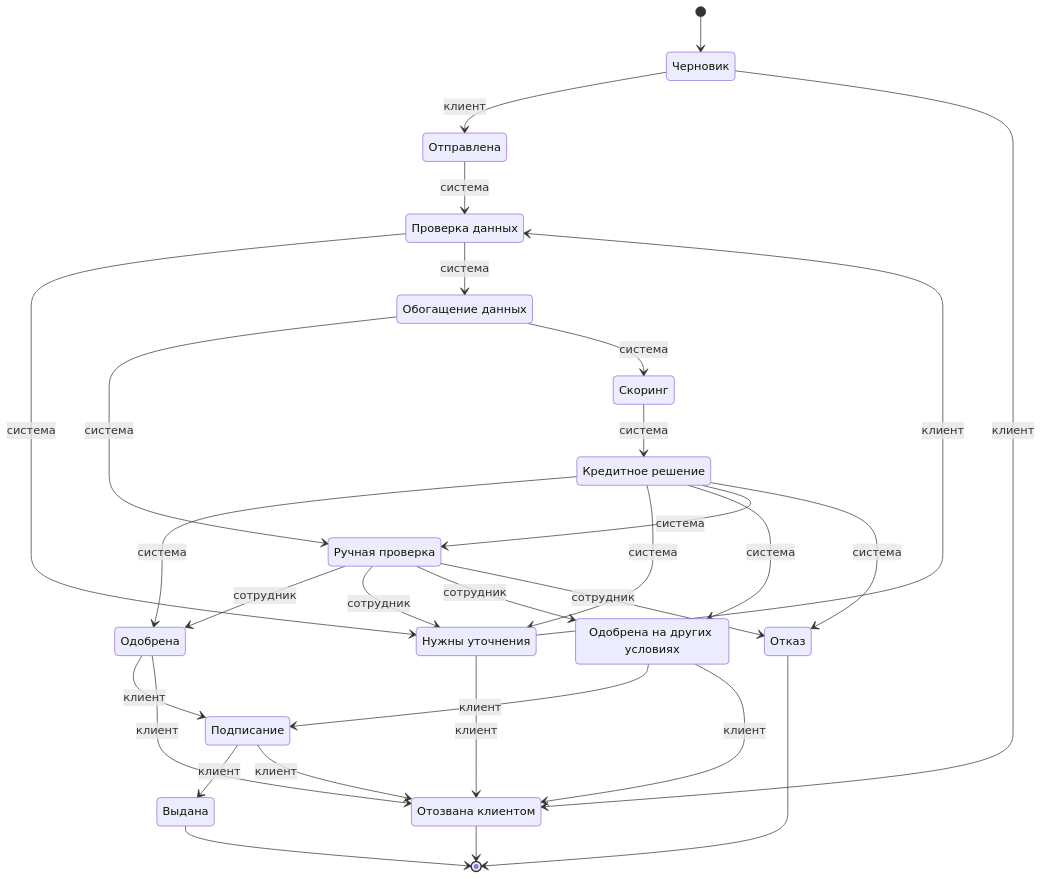
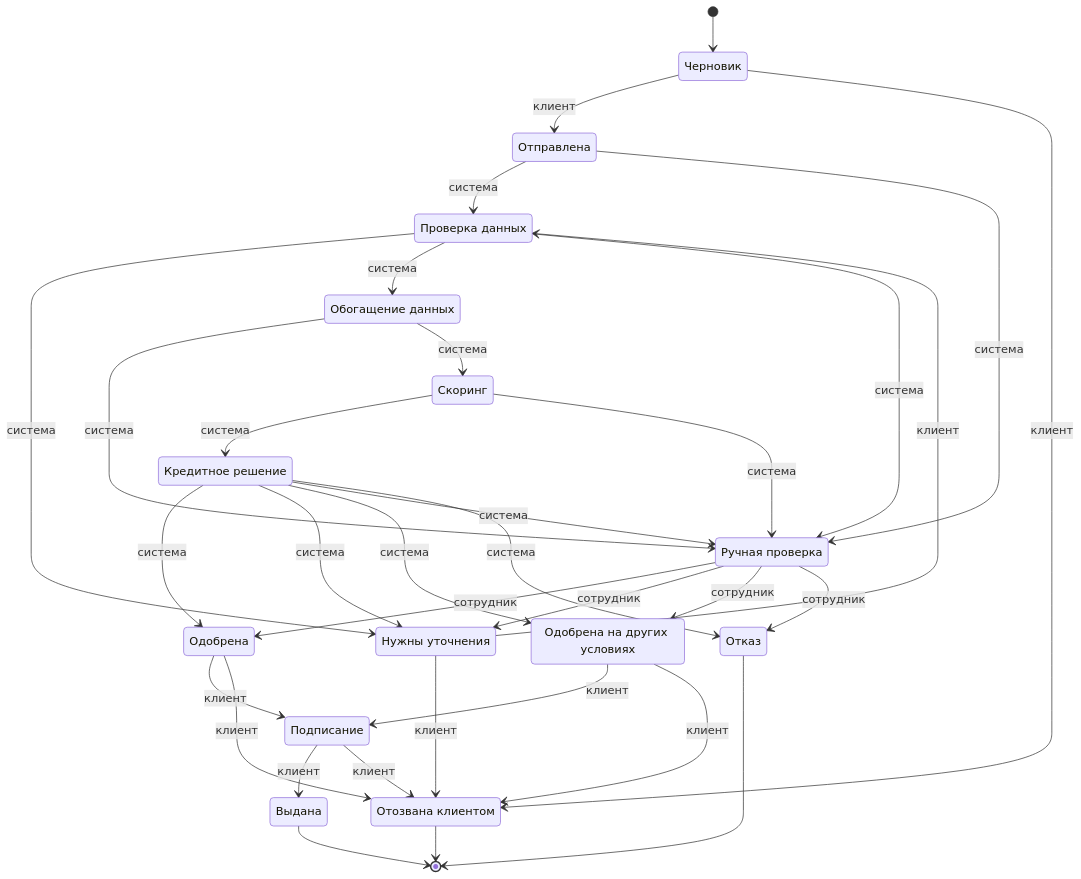
One commit to APDITE/alfa_hack changed the diagram in docs/state-diagram.md. Above: the diagram before and after it, drawn with Mermaid. The commit also changed other lines of this file and 5 other files, not shown here.

````diff
--- a/docs/state-diagram.md
+++ b/docs/state-diagram.md
@@ -10,46 +10,49 @@
 ```mermaid
 stateDiagram-v2
     state "Черновик" as draft
     state "Отправлена" as submitted
     state "Проверка данных" as data_check
     state "Нужны уточнения" as clarification_required
     state "Обогащение данных" as enrichment
     state "Скоринг" as scoring
     state "Кредитное решение" as credit_decision
     state "Ручная проверка" as manual_review
     state "Одобрена" as approved
     state "Одобрена на других условиях" as counter_offer
     state "Отказ" as rejected
     state "Подписание" as signing
     state "Выдана" as issued
     state "Отозвана клиентом" as withdrawn
     [*] --> draft
     draft --> submitted : клиент
     draft --> withdrawn : клиент
     submitted --> data_check : система
+    submitted --> manual_review : система
     data_check --> clarification_required : система
     data_check --> enrichment : система
+    data_check --> manual_review : система
     clarification_required --> data_check : клиент
     clarification_required --> withdrawn : клиент
     enrichment --> manual_review : система
     enrichment --> scoring : система
     scoring --> credit_decision : система
+    scoring --> manual_review : система
     credit_decision --> approved : система
     credit_decision --> clarification_required : система
     credit_decision --> counter_offer : система
     credit_decision --> manual_review : система
     credit_decision --> rejected : система
     manual_review --> approved : сотрудник
     manual_review --> clarification_required : сотрудник
     manual_review --> counter_offer : сотрудник
     manual_review --> rejected : сотрудник
     approved --> signing : клиент
     approved --> withdrawn : клиент
     counter_offer --> signing : клиент
     counter_offer --> withdrawn : клиент
     signing --> issued : клиент
     signing --> withdrawn : клиент
     issued --> [*]
     rejected --> [*]
     withdrawn --> [*]
 ```
````
